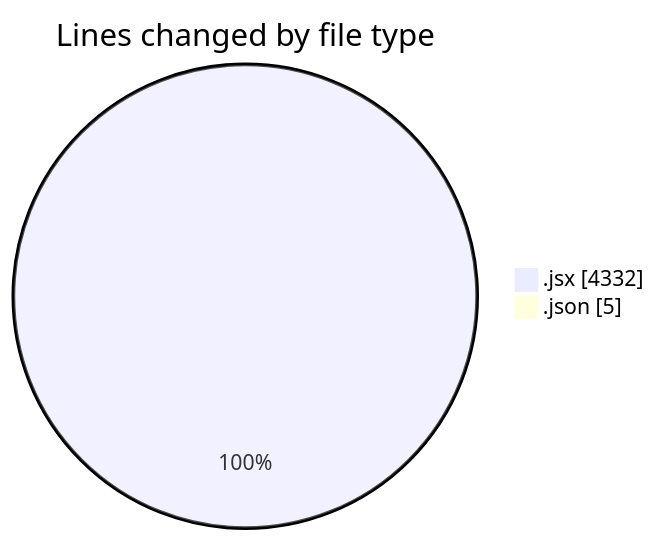
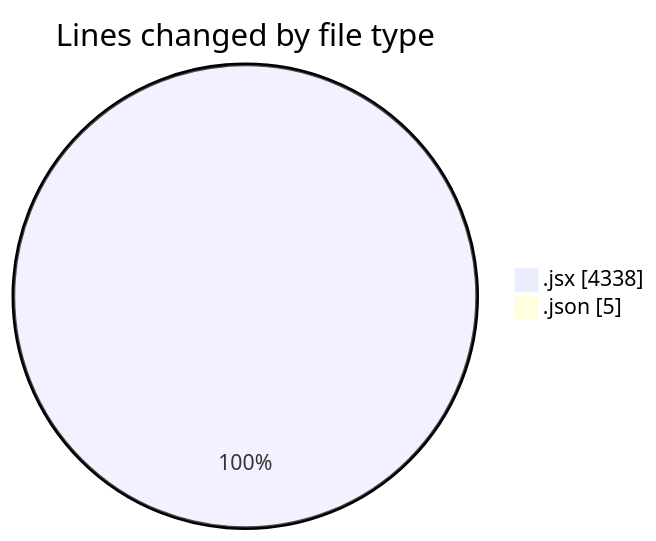
Before and after one commit to nxtqubesakshisongat/code-tracking: the first of 2 diagrams in 2025-11-18/nxtqube_webapp/README.md, drawn with Mermaid. The commit also changed other lines of this file and 1 other file, not shown here.

````diff
--- a/2025-11-18/nxtqube_webapp/README.md
+++ b/2025-11-18/nxtqube_webapp/README.md
@@ -25,6 +25,6 @@
 ```mermaid
 pie showData
 title Lines changed by file type
-".jsx" : 4332
+".jsx" : 4338
 ".json" : 5
 ```
````
